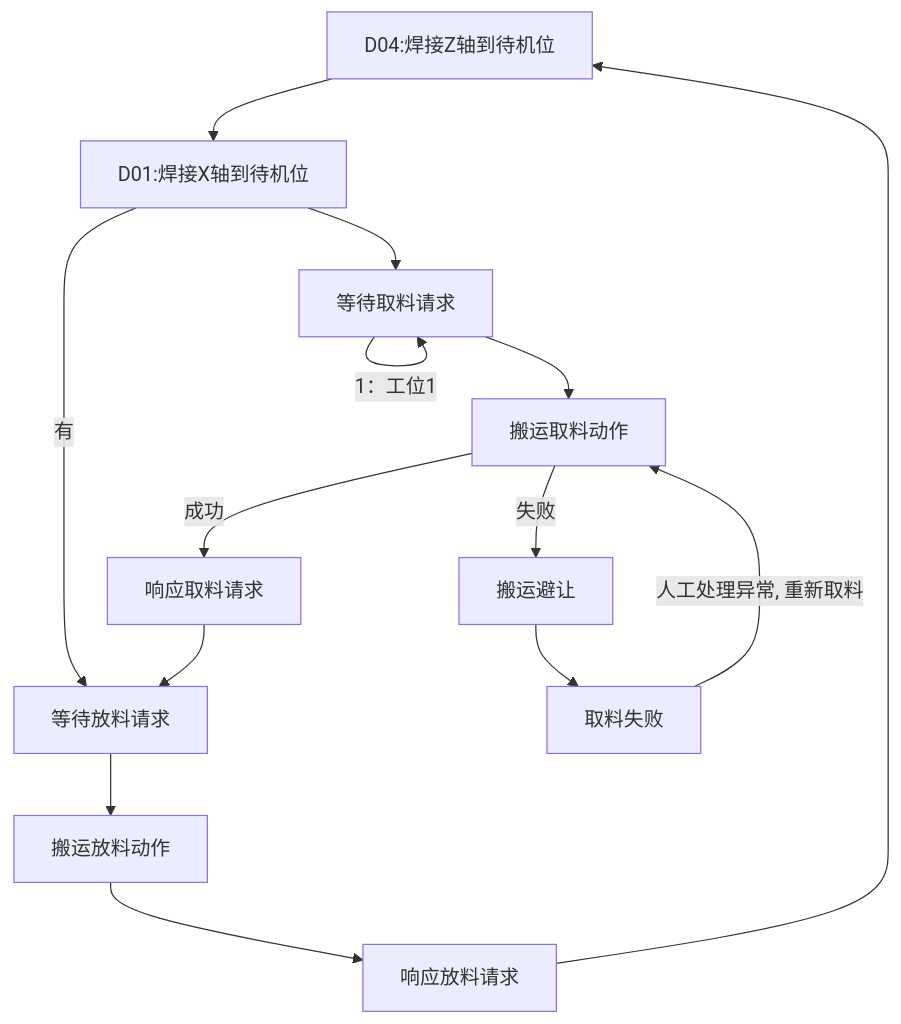
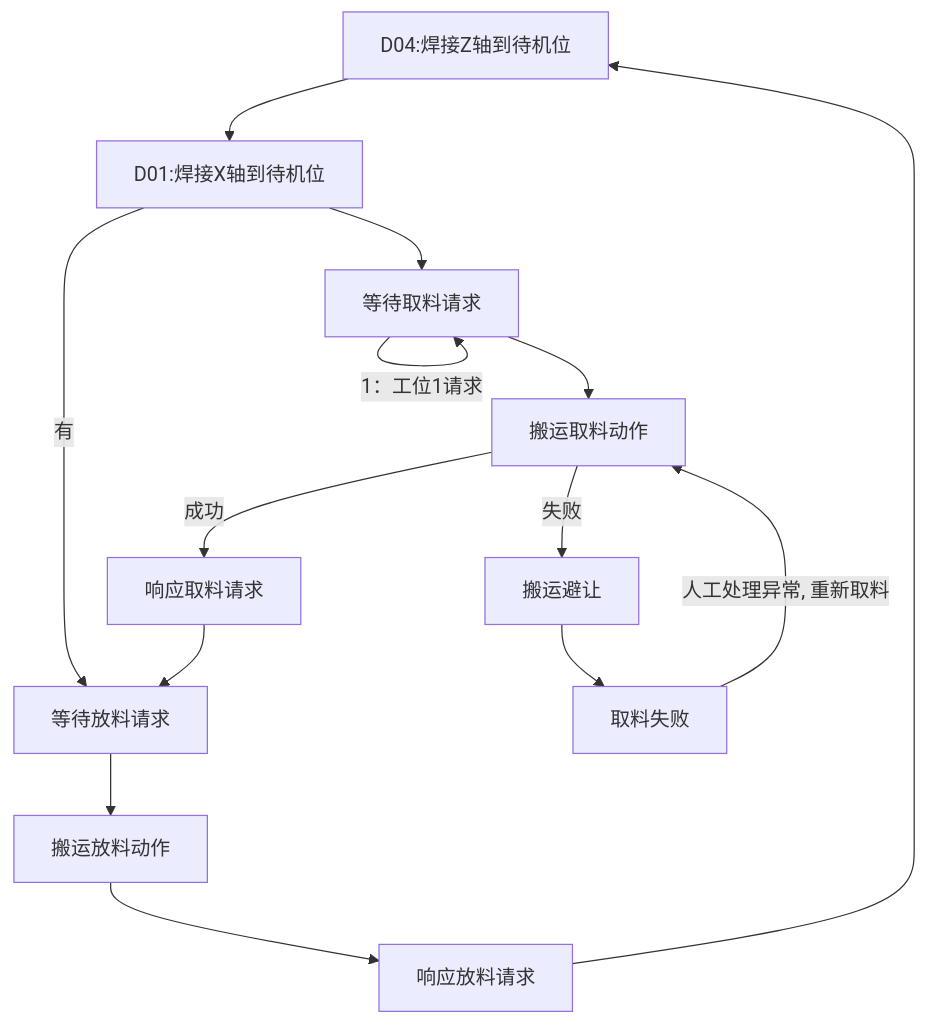
Before and after one commit to PengKun1/iodraw-files: the diagram in all/OP10焊接工位自动流程.md, drawn with Mermaid.

Commit message:
2024-08-06 16:53:29 update

````diff
--- a/all/OP10焊接工位自动流程.md
+++ b/all/OP10焊接工位自动流程.md
@@ -1,19 +1,20 @@
 ```mermaid
 graph TD
 10[D04:焊接Z轴到待机位]-->20
 20[D01:焊接X轴到待机位]-->30
-30{等待请求焊接信号}-->|1：工位1|30
+30{等待请求焊接信号}-->|1：工位1请求|30
+
 
 20-->|有|60
 30[等待取料请求]-->40
 40[搬运取料动作]-->|成功|50
 40-->|失败|90
 50[响应取料请求]-->60
 60[等待放料请求]-->70
 70[搬运放料动作]-->80
 80[响应放料请求]-->10
 
 90[搬运避让]-->900
 
 900[取料失败]-->|人工处理异常, 重新取料|40
 ```
````
